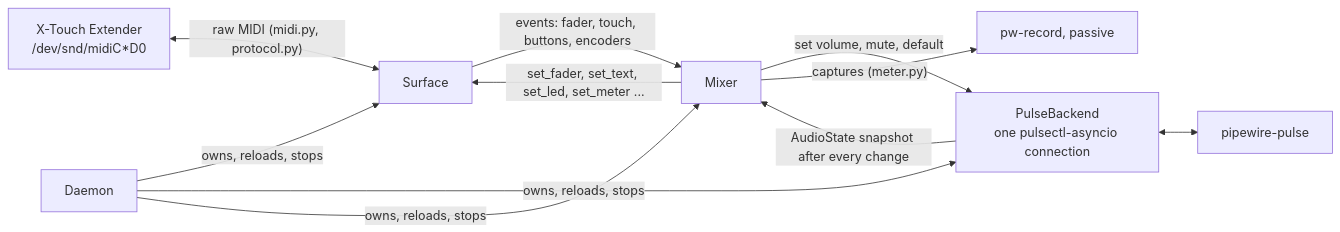
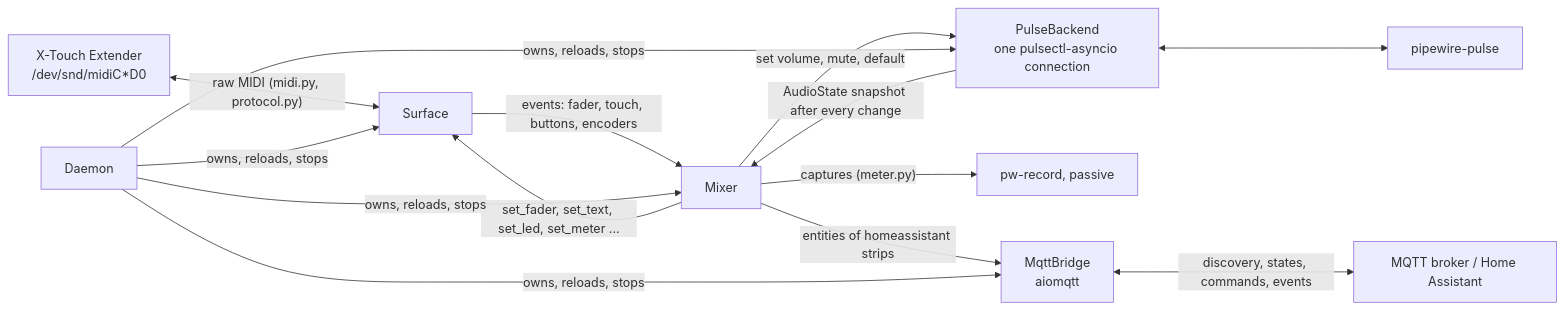
The diagram in docs/architecture.md (markusressel/xtouch-daemon), drawn with Mermaid before and after one commit. The commit also changed other lines of this file and 8 other files, not shown here.

First line of the commit message:
Docs for Home Assistant strips, ~ in password_file

````diff
--- a/docs/architecture.md
+++ b/docs/architecture.md
@@ -3,11 +3,13 @@
 ```mermaid
 graph LR
     Device[X-Touch Extender<br/>/dev/snd/midiC*D0] <-- "raw MIDI (midi.py, protocol.py)" --> Surface
     Surface -- "events: fader, touch, buttons, encoders" --> Mixer
     Mixer -- "set_fader, set_text, set_led, set_meter ..." --> Surface
     Backend[PulseBackend<br/>one pulsectl-asyncio connection] -- "AudioState snapshot after every change" --> Mixer
     Mixer -- "set volume, mute, default" --> Backend
     Backend <--> Sound[pipewire-pulse]
     Mixer -- "captures (meter.py)" --> PwRecord[pw-record, passive]
-    Daemon -- "owns, reloads, stops" --> Surface & Backend & Mixer
+    Mixer -- "entities of homeassistant strips" --> Bridge[MqttBridge<br/>aiomqtt]
+    Bridge <-- "discovery, states, commands, events" --> Broker[MQTT broker / Home Assistant]
+    Daemon -- "owns, reloads, stops" --> Surface & Backend & Mixer & Bridge
 ```
````
